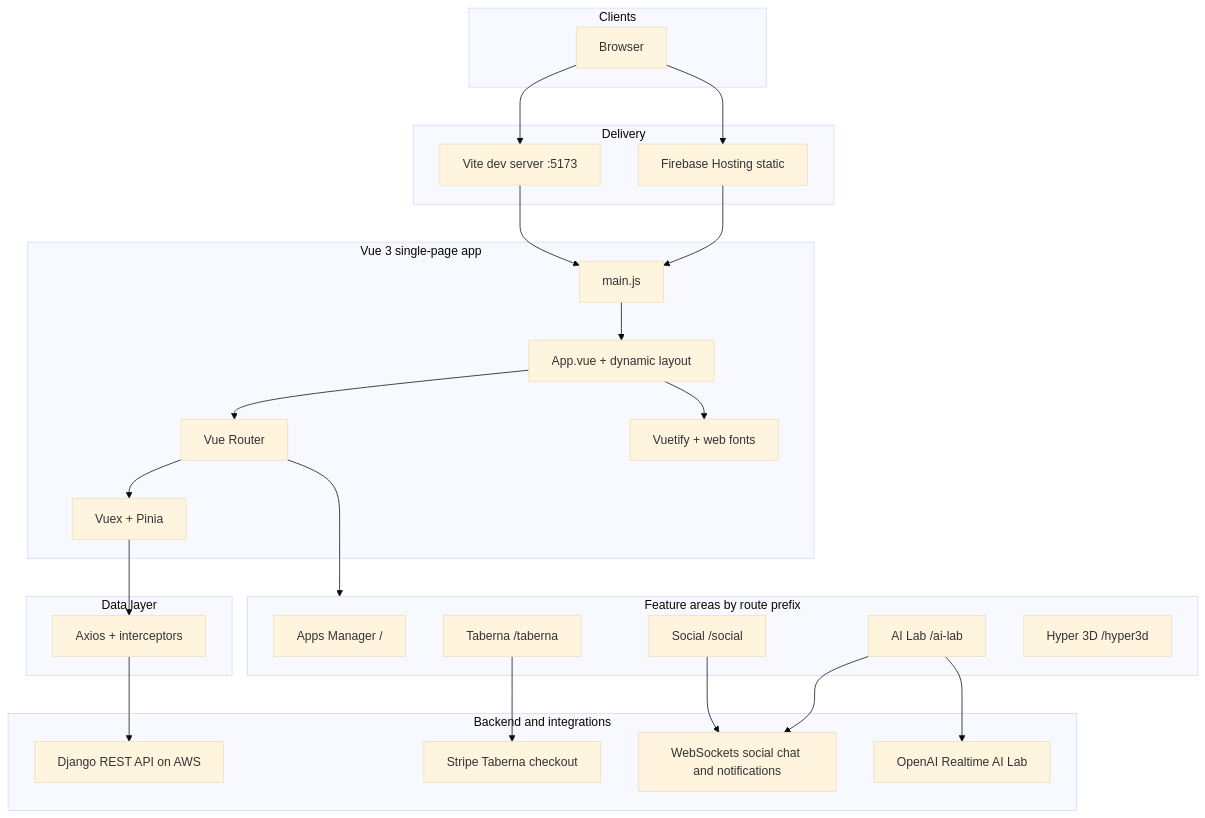
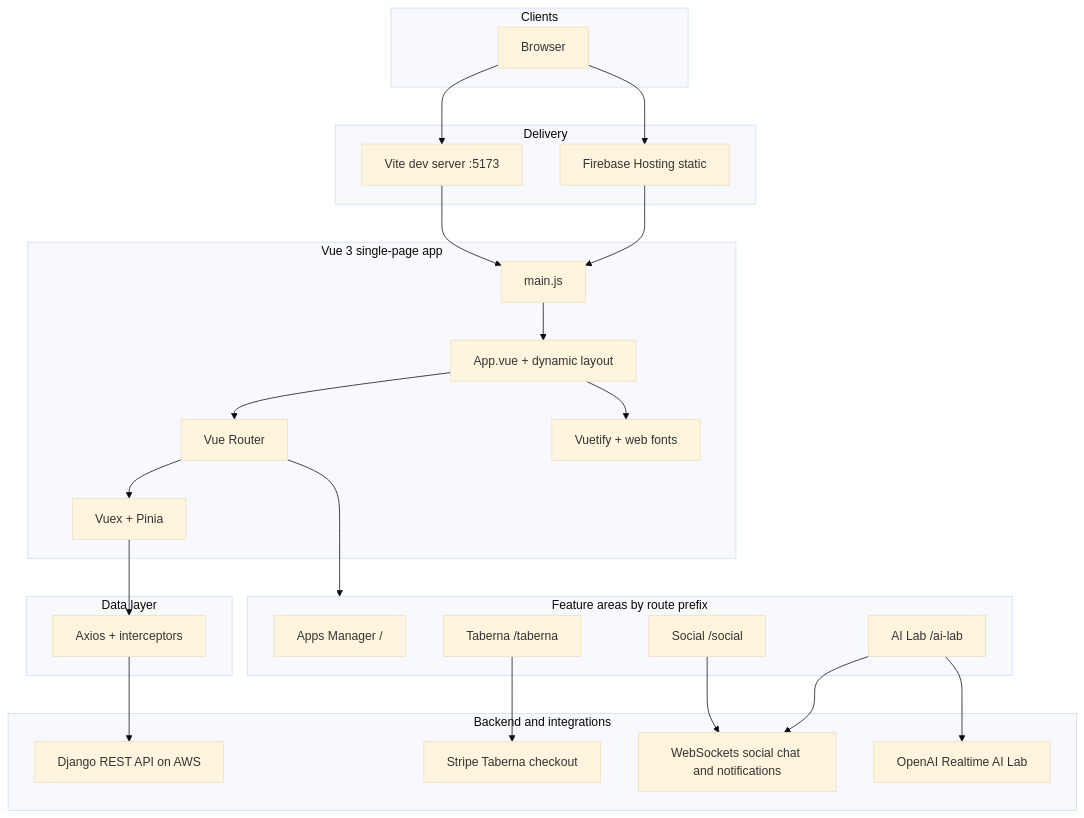
One commit to SerhiiKarnaukh/vue-test-manager changed the diagram in README.md. Above: the diagram before and after it, drawn with Mermaid (base theme). The commit also changed other lines of this file and 40 other files, not shown here.

````diff
--- a/README.md
+++ b/README.md
@@ -56,54 +56,53 @@
 ```mermaid
 flowchart TB
   subgraph clients [Clients]
     Browser[Browser]
   end
 
   subgraph delivery [Delivery]
     Vite[Vite dev server :5173]
     Firebase[Firebase Hosting static]
   end
 
   subgraph spa [Vue 3 single-page app]
     Entry["main.js"]
     App["App.vue + dynamic layout"]
     Router["Vue Router"]
     Store["Vuex + Pinia"]
     Plugins["Vuetify + web fonts"]
     Entry --> App
     App --> Router
     App --> Plugins
     Router --> Store
   end
 
   subgraph features [Feature areas by route prefix]
     AM[Apps Manager /]
     TB[Taberna /taberna]
     SN[Social /social]
     AI[AI Lab /ai-lab]
-    H3[Hyper 3D /hyper3d]
   end
 
   subgraph transport [Data layer]
     Axios["Axios + interceptors"]
   end
 
   subgraph backend [Backend and integrations]
     API["Django REST API on AWS"]
     WS["WebSockets social chat and notifications"]
     Stripe["Stripe Taberna checkout"]
     OpenAI["OpenAI Realtime AI Lab"]
   end
 
   Browser --> Vite
   Browser --> Firebase
   Vite --> Entry
   Firebase --> Entry
   Router --> features
   Store --> Axios
   Axios --> API
   SN --> WS
   AI --> WS
   AI --> OpenAI
   TB --> Stripe
 ```
````
